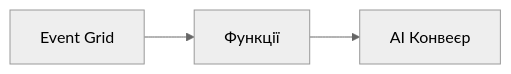
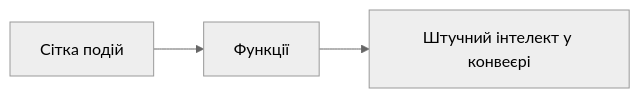
The second of 2 diagrams in translations/uk/docs/chapter-08-production/README.md (microsoft/AZD-for-beginners), drawn with Mermaid (neutral theme) before and after one commit. The commit also changed other lines of this file and 4 other files, not shown here.

````diff
--- a/translations/uk/docs/chapter-08-production/README.md
+++ b/translations/uk/docs/chapter-08-production/README.md
@@ -57,4 +57,4 @@
 ```mermaid
 graph LR
-    EventGrid[Event Grid] --> Functions[Функції] --> Pipeline[AI Конвеєр]
+    EventGrid[Сітка подій] --> Functions[Функції] --> Pipeline[Штучний інтелект у конвеєрі]
 ```
````
